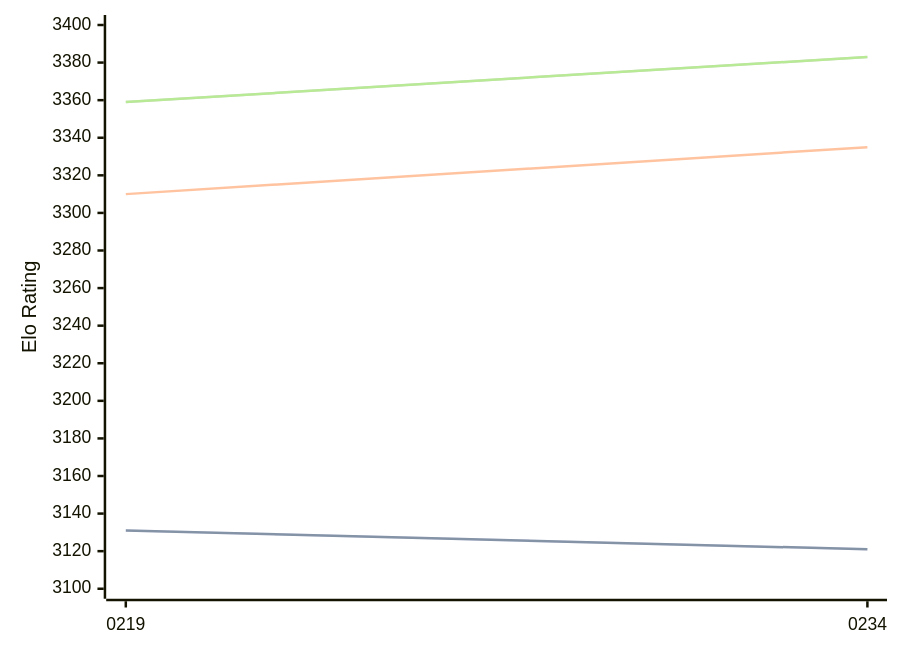
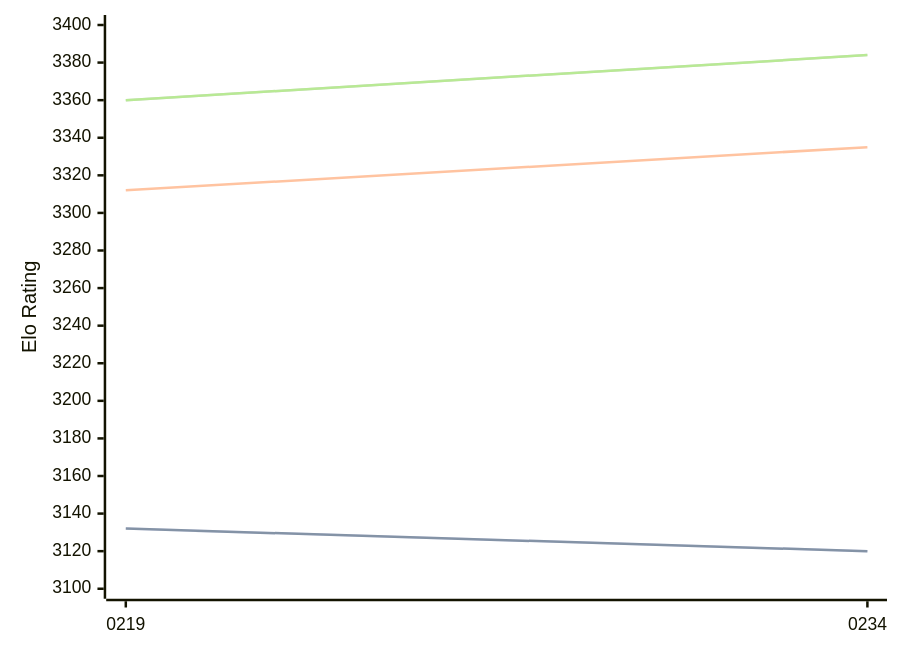
The diagram in engines/Ynode.md (computer-chess-index/cci), drawn with Mermaid before and after one commit. The commit also changed other lines of this file, not shown here.

Commit message:
Update CCI Ratings (ELO VLTC) - 2026-08-09

````diff
--- a/engines/Ynode.md
+++ b/engines/Ynode.md
@@ -32,11 +32,11 @@
 ```mermaid
 %%{init: {"theme":"base","themeVariables":{"seriesColors:['#a3a3a3','#222221','#faa371']}}}%%
 xychart-beta
   x-axis ["0219", "0234"]
   y-axis "Elo Rating" 3100 --> 3400
-  line "STC (8.0+0.08s)" [3131, 3121]
-  line "STC (8.0+0.08s)" [3131, 3121]
-  line "LTC (60.0+0.60s)" [3310, 3335]
-  line "VLTC (2m24s+1.12s)" [3359, 3383]
-  line "VLTC (2m24s+1.12s)" [3359, 3383]
+  line "STC (8.0+0.08s)" [3132, 3120]
+  line "STC (8.0+0.08s)" [3132, 3120]
+  line "LTC (60.0+0.60s)" [3312, 3335]
+  line "VLTC (2m24s+1.12s)" [3360, 3384]
+  line "VLTC (2m24s+1.12s)" [3360, 3384]
 ```
````
